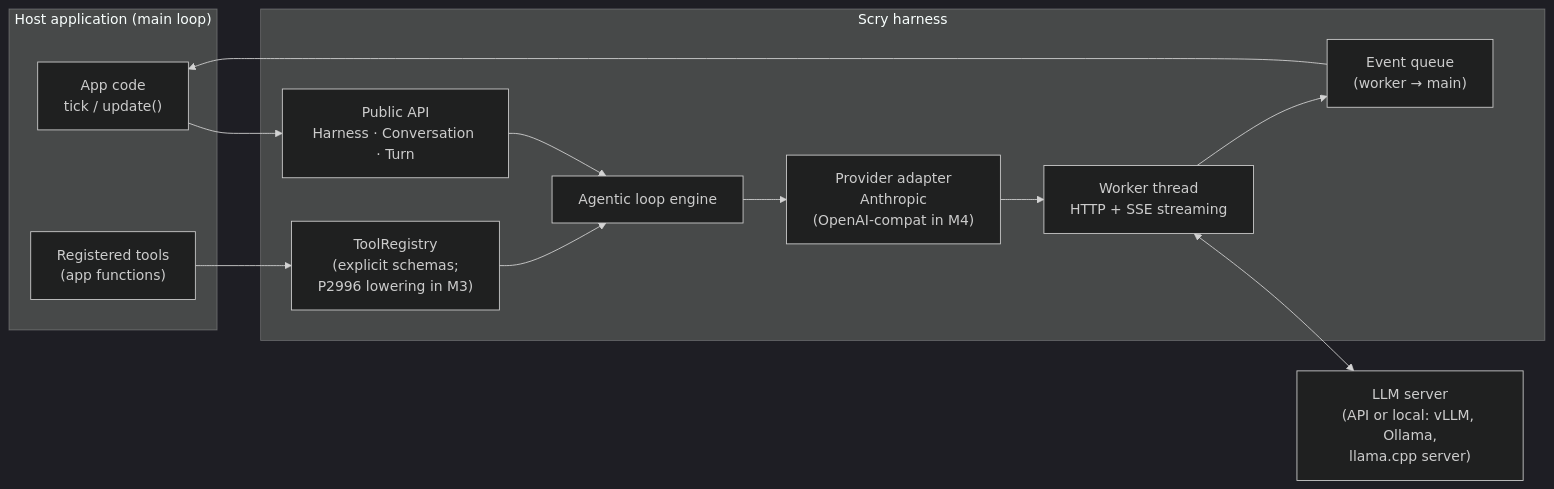
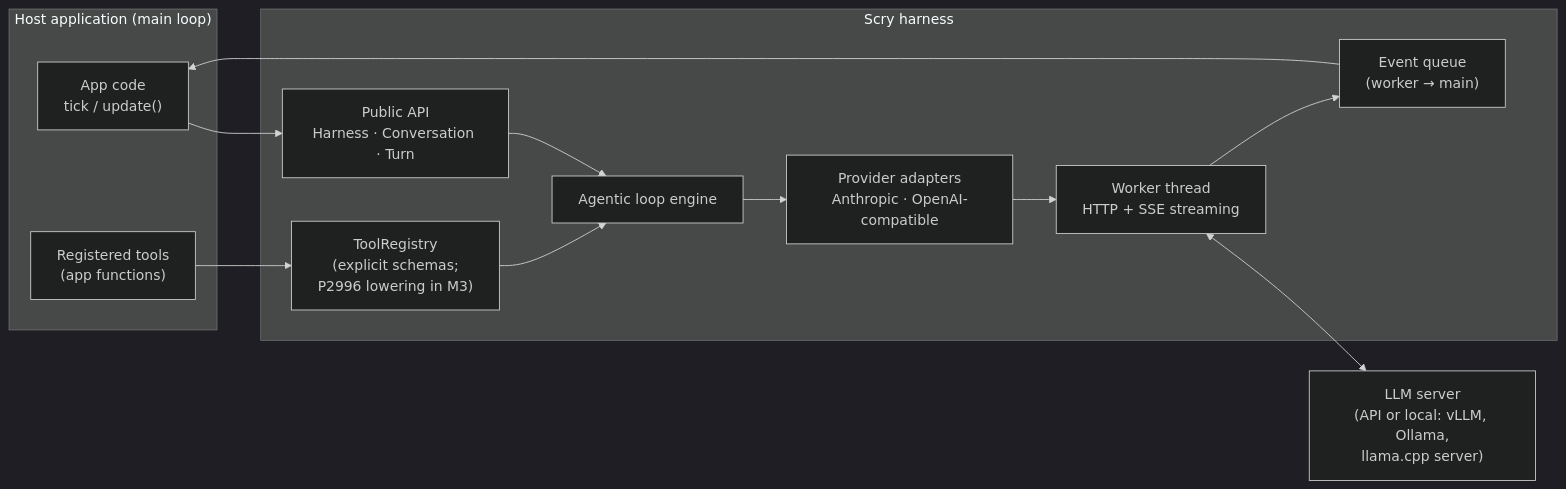
Before and after one commit to crybo-rybo/scry: the first of 3 diagrams in DESIGN.md, drawn with Mermaid (dark theme). The commit also changed other lines of this file and 78 other files, not shown here.

````diff
--- a/DESIGN.md
+++ b/DESIGN.md
@@ -128,23 +128,23 @@
 ```mermaid
 graph LR
     subgraph App["Host application (main loop)"]
         MAIN["App code<br/>tick / update()"]
         TOOLS["Registered tools<br/>(app functions)"]
     end
 
     subgraph Scry["Scry harness"]
         API["Public API<br/>Harness · Conversation · Turn"]
         REG["ToolRegistry<br/>(explicit schemas;<br/>P2996 lowering in M3)"]
         LOOP["Agentic loop engine"]
         Q["Event queue<br/>(worker → main)"]
-        PROV["Provider adapter<br/>Anthropic<br/>(OpenAI-compat in M4)"]
+        PROV["Provider adapters<br/>Anthropic · OpenAI-compatible"]
         NET["Worker thread<br/>HTTP + SSE streaming"]
     end
 
     LLM["LLM server<br/>(API or local: vLLM, Ollama,<br/>llama.cpp server)"]
 
     MAIN --> API --> LOOP
     TOOLS --> REG --> LOOP
     LOOP --> PROV --> NET <--> LLM
     NET --> Q --> MAIN
 ```
````
